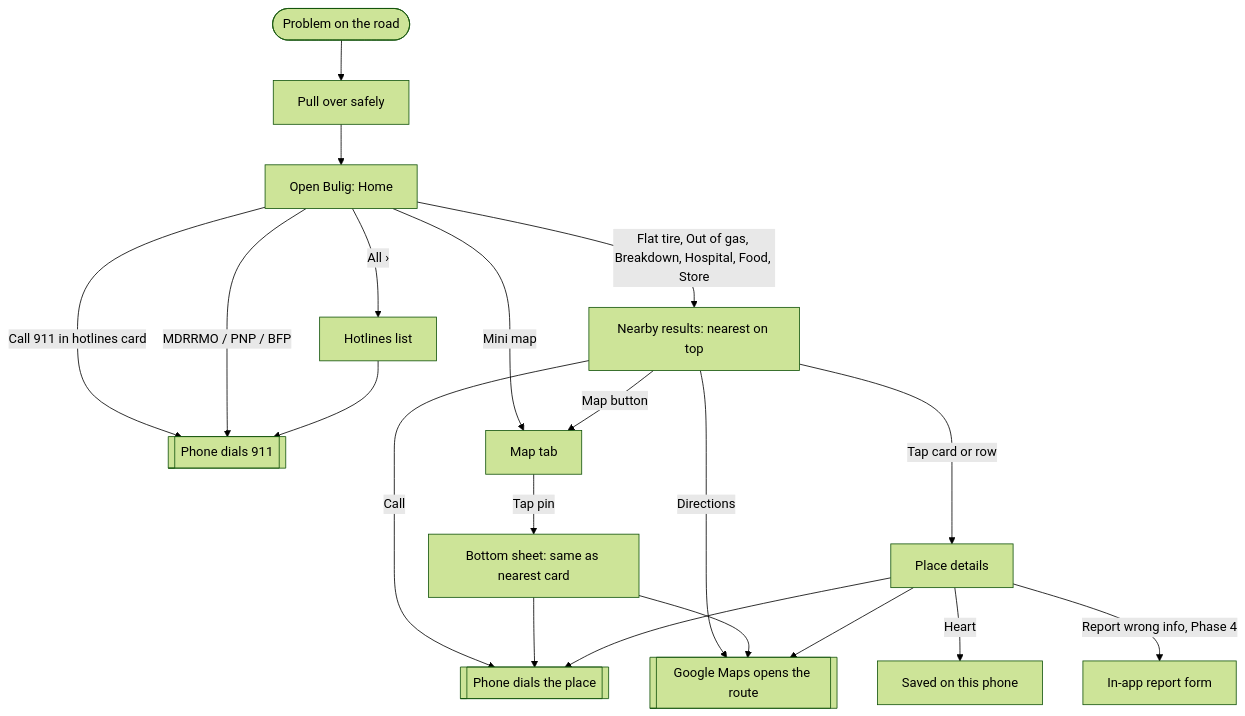
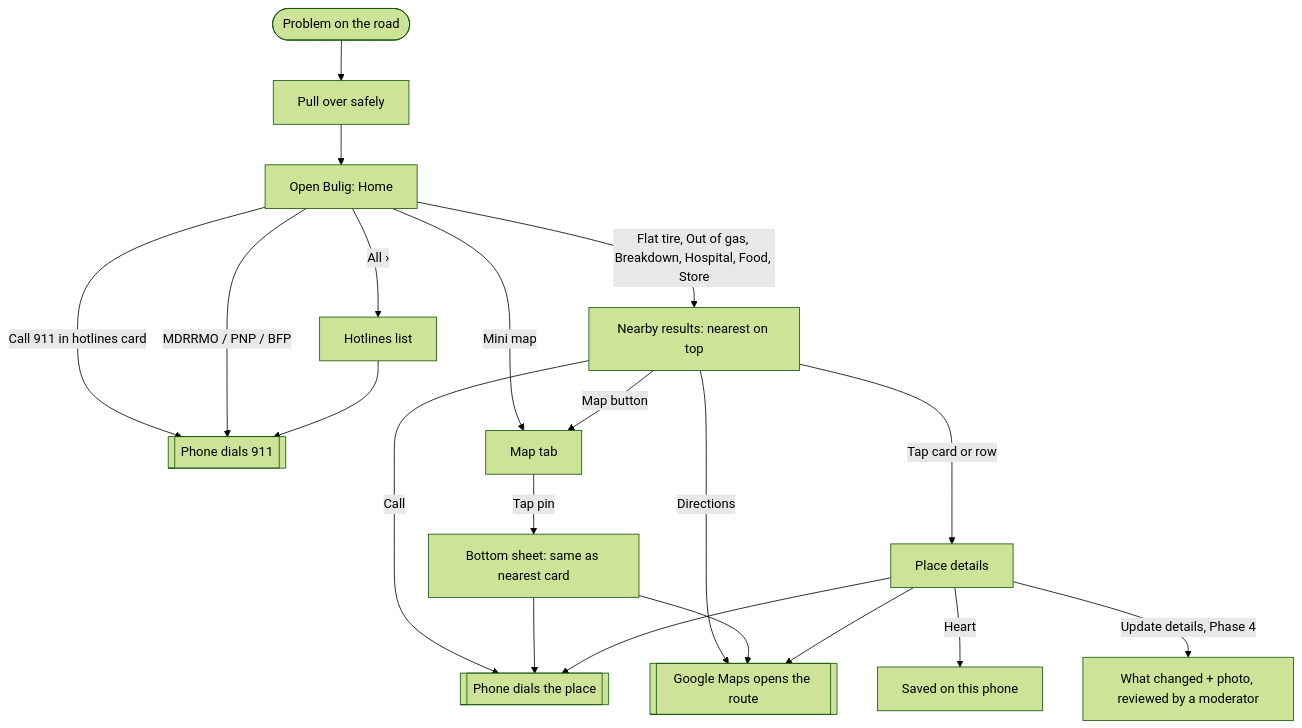
Before and after one commit to gitpushfrances/bulig: the diagram in docs/UI-UX.md, drawn with Mermaid (forest theme). The commit also changed other lines of this file and 5 other files, not shown here.

````diff
--- a/docs/UI-UX.md
+++ b/docs/UI-UX.md
@@ -78,20 +78,20 @@
 ```mermaid
 flowchart TD
   A([Problem on the road]) --> B[Pull over safely]
   B --> C[Open Bulig: Home]
   C -->|Call 911 in hotlines card| X[[Phone dials 911]]
   C -->|MDRRMO / PNP / BFP| X
   C -->|All ›| H[Hotlines list] --> X
   C -->|Flat tire, Out of gas, Breakdown, Hospital, Food, Store| N[Nearby results: nearest on top]
   C -->|Mini map| M[Map tab]
   N -->|Call| Y[[Phone dials the place]]
   N -->|Directions| G[[Google Maps opens the route]]
   N -->|Map button| M
   N -->|Tap card or row| P[Place details]
   M -->|Tap pin| S[Bottom sheet: same as nearest card] --> Y
   S --> G
   P --> Y
   P --> G
   P -->|Heart| V[Saved on this phone]
-  P -->|Report wrong info, Phase 4| F[In-app report form]
+  P -->|Update details, Phase 4| F[What changed + photo, reviewed by a moderator]
 ```
````
